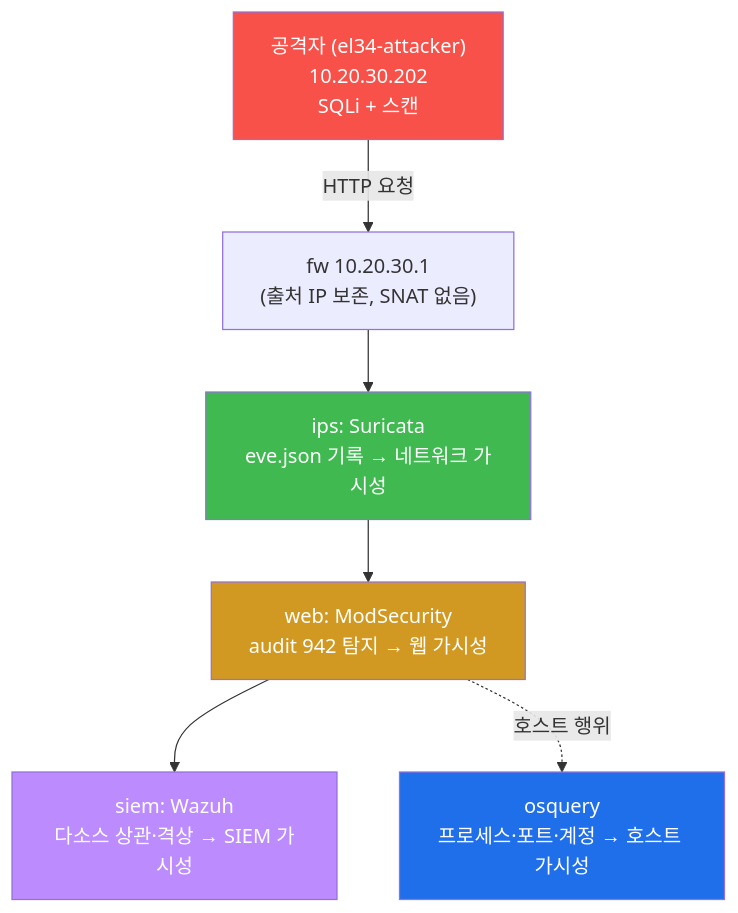
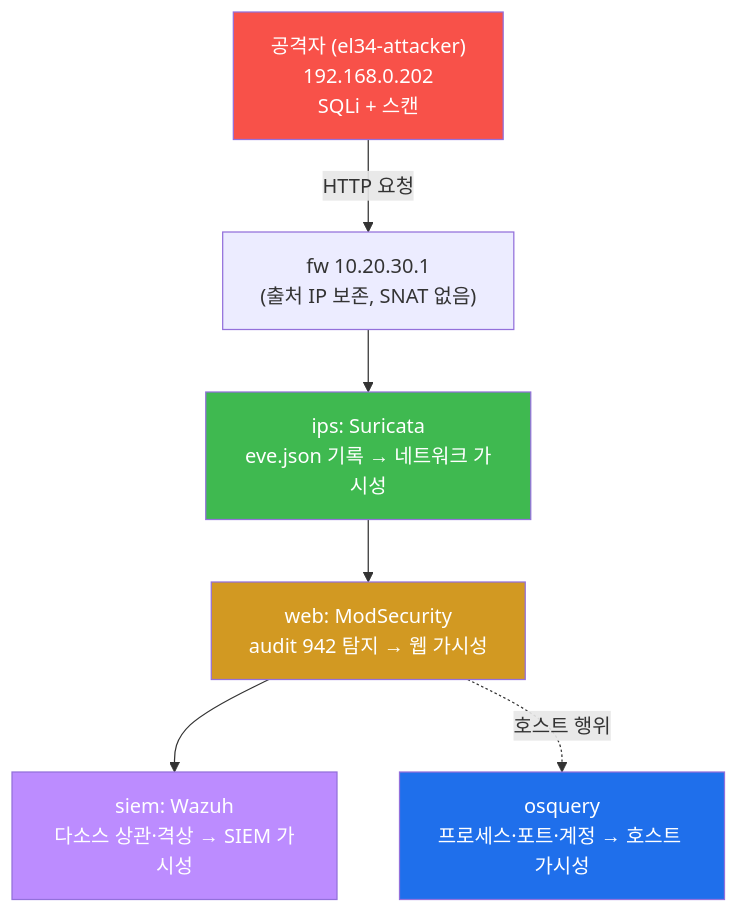
The third of 5 diagrams in contents/training/soc-adv/lecture_week01.md (mrgrit/tw2), drawn with Mermaid before and after one commit. The commit also changed other lines of this file and 28 other files, not shown here.

````diff
--- a/contents/training/soc-adv/lecture_week01.md
+++ b/contents/training/soc-adv/lecture_week01.md
@@ -219,14 +219,14 @@
 ```mermaid
 graph TD
-    A["공격자 (el34-attacker)<br/>10.20.30.202<br/>SQLi + 스캔"]
+    A["공격자 (el34-attacker)<br/>192.168.0.202<br/>SQLi + 스캔"]
     A -->|HTTP 요청| FW["fw 10.20.30.1<br/>(출처 IP 보존, SNAT 없음)"]
     FW --> IPS["ips: Suricata<br/>eve.json 기록 → 네트워크 가시성"]
     IPS --> WEB["web: ModSecurity<br/>audit 942 탐지 → 웹 가시성"]
     WEB --> SIEM["siem: Wazuh<br/>다소스 상관·격상 → SIEM 가시성"]
     WEB -.->|호스트 행위| HOST["osquery<br/>프로세스·포트·계정 → 호스트 가시성"]
     style A fill:#f85149,color:#fff
     style IPS fill:#3fb950,color:#fff
     style WEB fill:#d29922,color:#fff
     style SIEM fill:#bc8cff,color:#fff
     style HOST fill:#1f6feb,color:#fff
 ```
````
